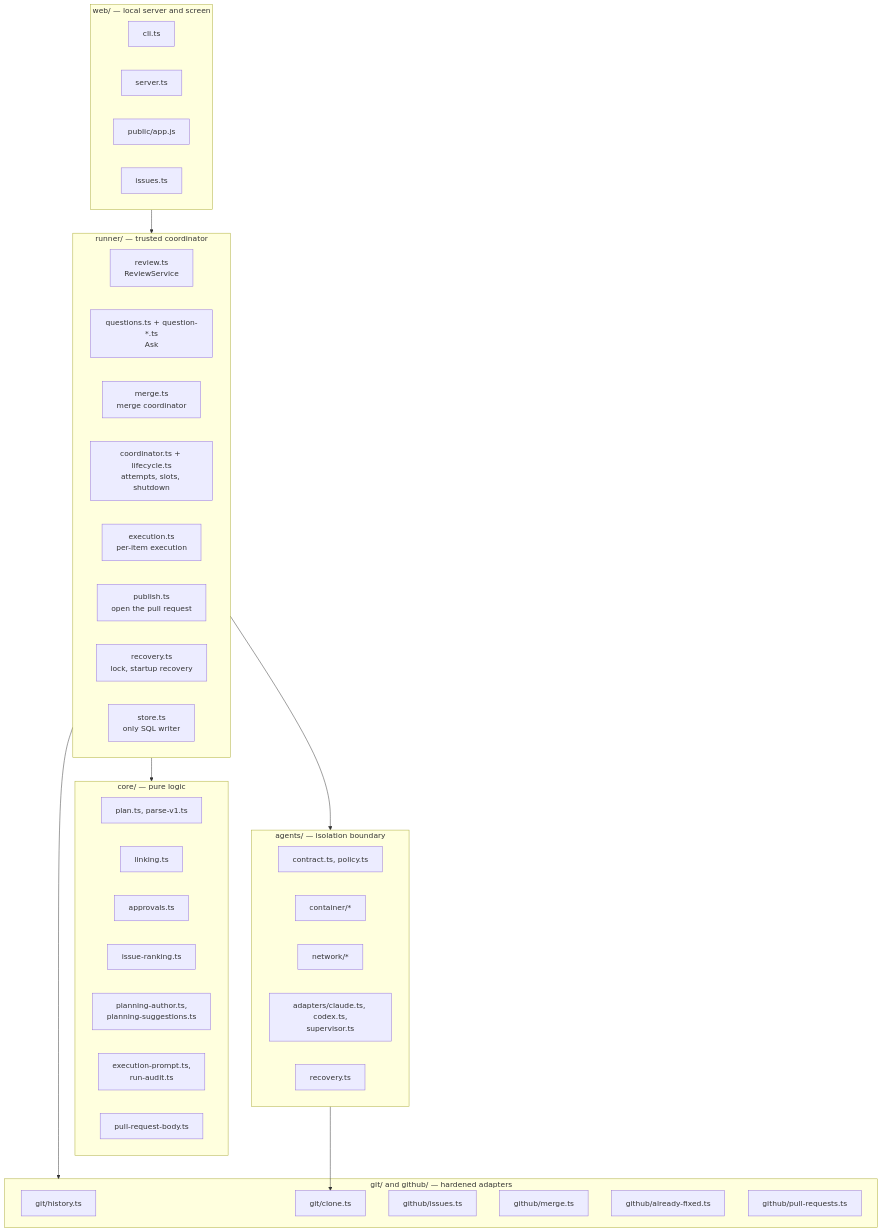
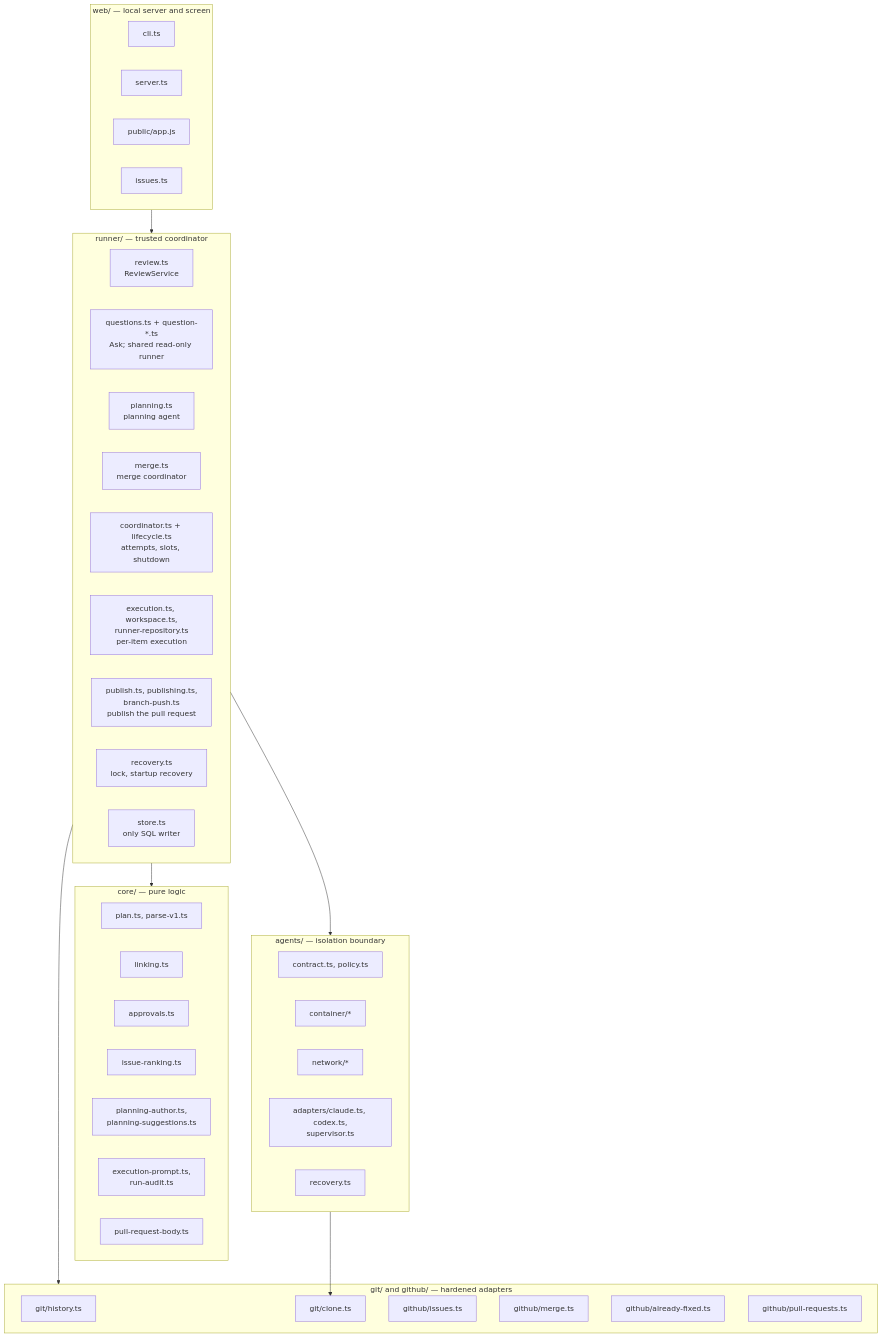
One commit to codeabovelab/codeboost changed the second of 6 diagrams in docs/architecture.md. Above: the diagram before and after it, drawn with Mermaid. The commit also changed other lines of this file, not shown here.

First line of the commit message:
Bring the architecture doc up to date with main (#131)

````diff
--- a/docs/architecture.md
+++ b/docs/architecture.md
@@ -105,48 +106,49 @@
 ```mermaid
 flowchart TB
   subgraph web ["web/ — local server and screen"]
     cli[cli.ts]
     server[server.ts]
     ui[public/app.js]
     issuesView[issues.ts]
   end
   subgraph runner ["runner/ — trusted coordinator"]
     review[review.ts<br/>ReviewService]
-    questions[questions.ts + question-*.ts<br/>Ask]
+    questions[questions.ts + question-*.ts<br/>Ask; shared read-only runner]
+    planningsvc[planning.ts<br/>planning agent]
     merge[merge.ts<br/>merge coordinator]
     coord[coordinator.ts + lifecycle.ts<br/>attempts, slots, shutdown]
-    exec[execution.ts<br/>per-item execution]
-    publish[publish.ts<br/>open the pull request]
+    exec[execution.ts, workspace.ts,<br/>runner-repository.ts<br/>per-item execution]
+    publish[publish.ts, publishing.ts,<br/>branch-push.ts<br/>publish the pull request]
     recov[recovery.ts<br/>lock, startup recovery]
     store[store.ts<br/>only SQL writer]
   end
   subgraph core ["core/ — pure logic"]
     plan[plan.ts, parse-v1.ts]
     linking[linking.ts]
     approvals[approvals.ts]
     ranking[issue-ranking.ts]
     planning[planning-author.ts,<br/>planning-suggestions.ts]
     execcore[execution-prompt.ts,<br/>run-audit.ts]
     prbody[pull-request-body.ts]
   end
   subgraph adapters ["git/ and github/ — hardened adapters"]
     history[git/history.ts]
     clone[git/clone.ts]
     ghissues[github/issues.ts]
     ghmerge[github/merge.ts]
     ghfixed[github/already-fixed.ts]
     ghpr[github/pull-requests.ts]
   end
   subgraph agents ["agents/ — isolation boundary"]
     contract[contract.ts, policy.ts]
     container[container/*]
     network[network/*]
     vendors[adapters/claude.ts, codex.ts,<br/>supervisor.ts]
     recovery[recovery.ts]
   end
   web --> runner
   runner --> core
   runner --> adapters
   runner --> agents
   agents --> clone
 ```
````
